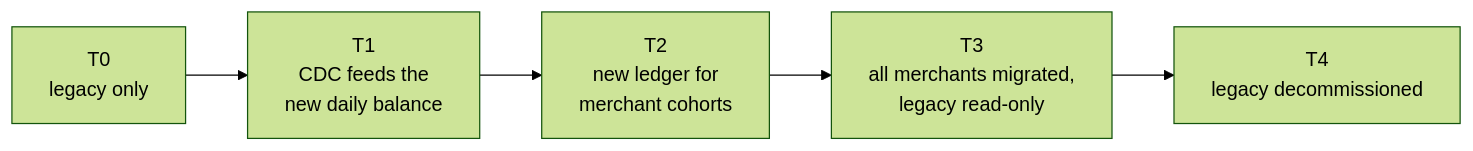
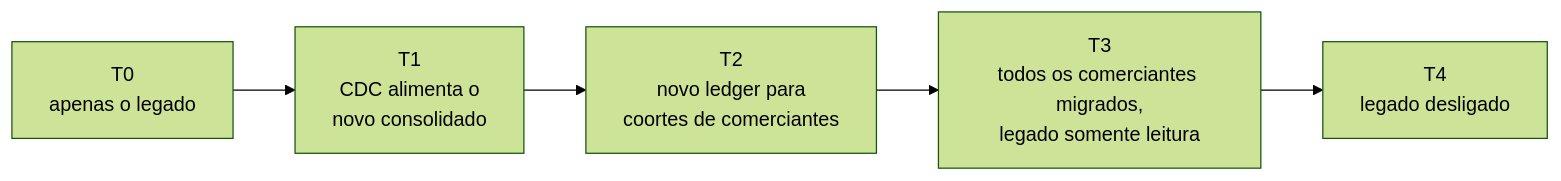
Before and after one commit to joaorizzont/cash-flow-test: the first of 6 diagrams in docs/04-transition-architecture.md, drawn with Mermaid (forest theme). The commit also changed other lines of this file and 23 other files, not shown here.

First line of the commit message:
docs: translate architecture documentation to portuguese

````diff
--- a/docs/04-transition-architecture.md
+++ b/docs/04-transition-architecture.md
@@ -27,7 +27,7 @@
 ```mermaid
 flowchart LR
-  T0["T0<br/>legacy only"] --> T1["T1<br/>CDC feeds the<br/>new daily balance"]
-  T1 --> T2["T2<br/>new ledger for<br/>merchant cohorts"]
-  T2 --> T3["T3<br/>all merchants migrated,<br/>legacy read-only"]
-  T3 --> T4["T4<br/>legacy decommissioned"]
+  T0["T0<br/>apenas o legado"] --> T1["T1<br/>CDC alimenta o<br/>novo consolidado"]
+  T1 --> T2["T2<br/>novo ledger para<br/>coortes de comerciantes"]
+  T2 --> T3["T3<br/>todos os comerciantes migrados,<br/>legado somente leitura"]
+  T3 --> T4["T4<br/>legado desligado"]
 ```
````
